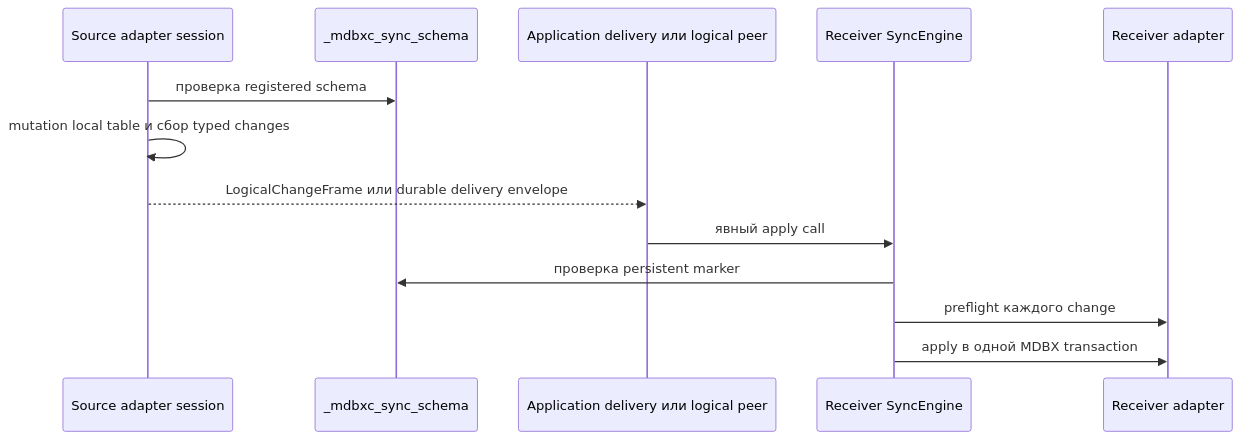
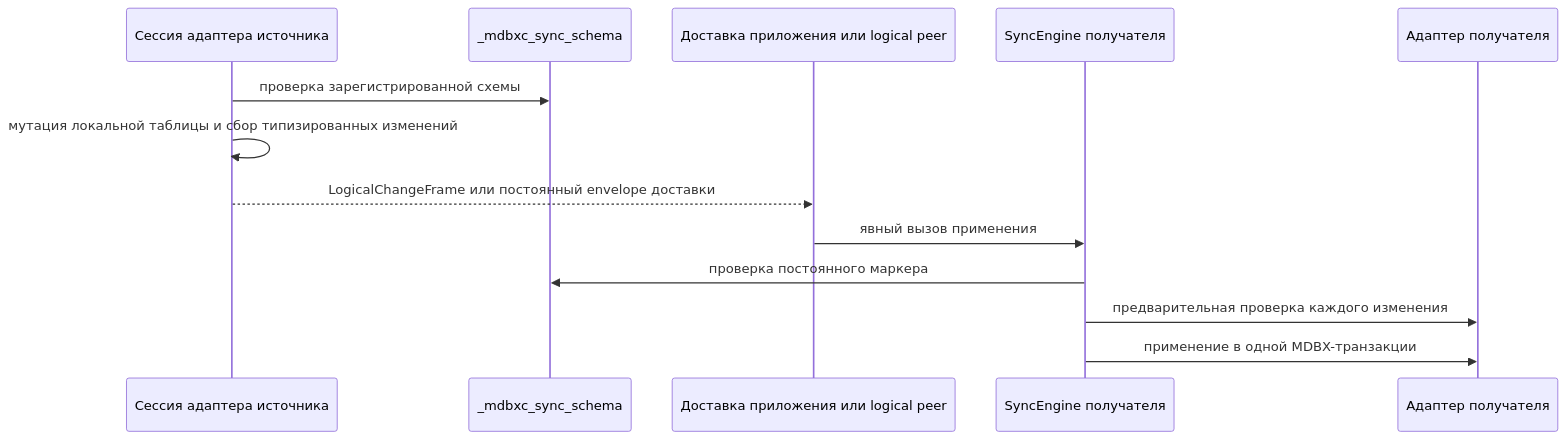
Before and after one commit to LimiNode/mdbx-containers: the first of 2 diagrams in docs/sync-logical-RU.md, drawn with Mermaid. The commit also changed other lines of this file and 2 other files, not shown here.

First line of the commit message:
docs(ru): localize sync diagrams

````diff
--- a/docs/sync-logical-RU.md
+++ b/docs/sync-logical-RU.md
@@ -30,16 +30,16 @@
 ```mermaid
 sequenceDiagram
-    participant S as Source adapter session
+    participant S as Сессия адаптера источника
     participant Schema as _mdbxc_sync_schema
-    participant Wire as Application delivery или logical peer
-    participant E as Receiver SyncEngine
-    participant A as Receiver adapter
+    participant Wire as Доставка приложения или logical peer
+    participant E as SyncEngine получателя
+    participant A as Адаптер получателя
 
-    S->>Schema: проверка registered schema
-    S->>S: mutation local table и сбор typed changes
-    S-->>Wire: LogicalChangeFrame или durable delivery envelope
-    Wire->>E: явный apply call
-    E->>Schema: проверка persistent marker
-    E->>A: preflight каждого change
-    E->>A: apply в одной MDBX transaction
+    S->>Schema: проверка зарегистрированной схемы
+    S->>S: мутация локальной таблицы и сбор типизированных изменений
+    S-->>Wire: LogicalChangeFrame или постоянный envelope доставки
+    Wire->>E: явный вызов применения
+    E->>Schema: проверка постоянного маркера
+    E->>A: предварительная проверка каждого изменения
+    E->>A: применение в одной MDBX-транзакции
 ```
````
